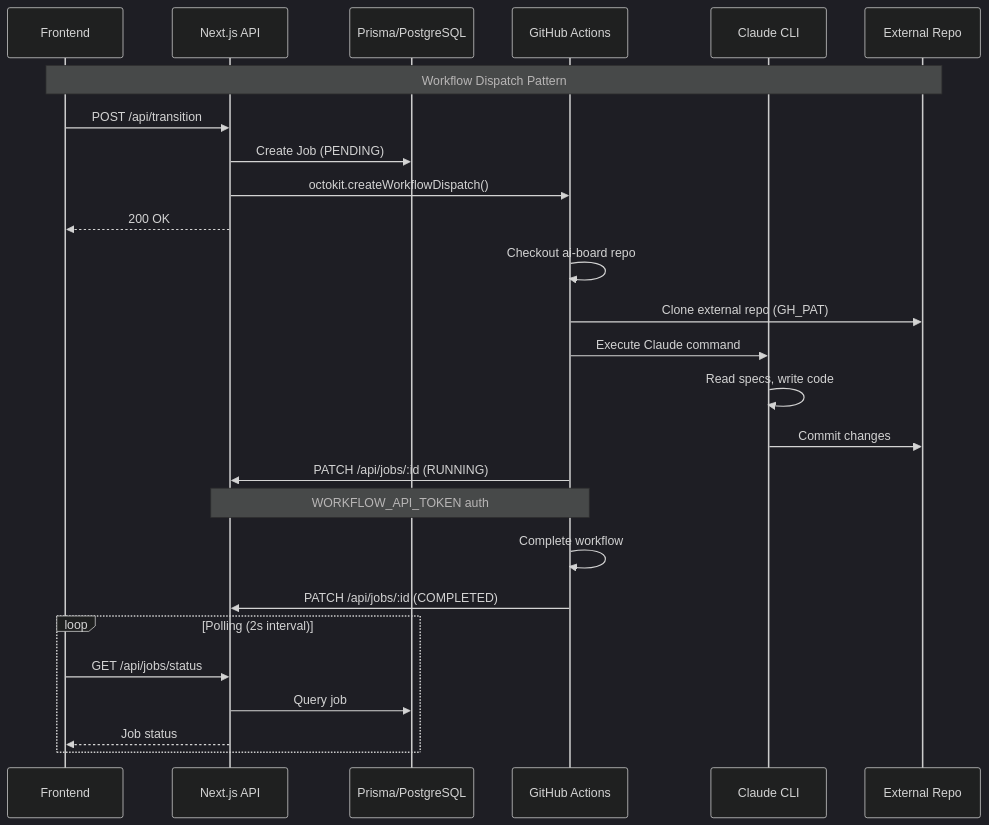
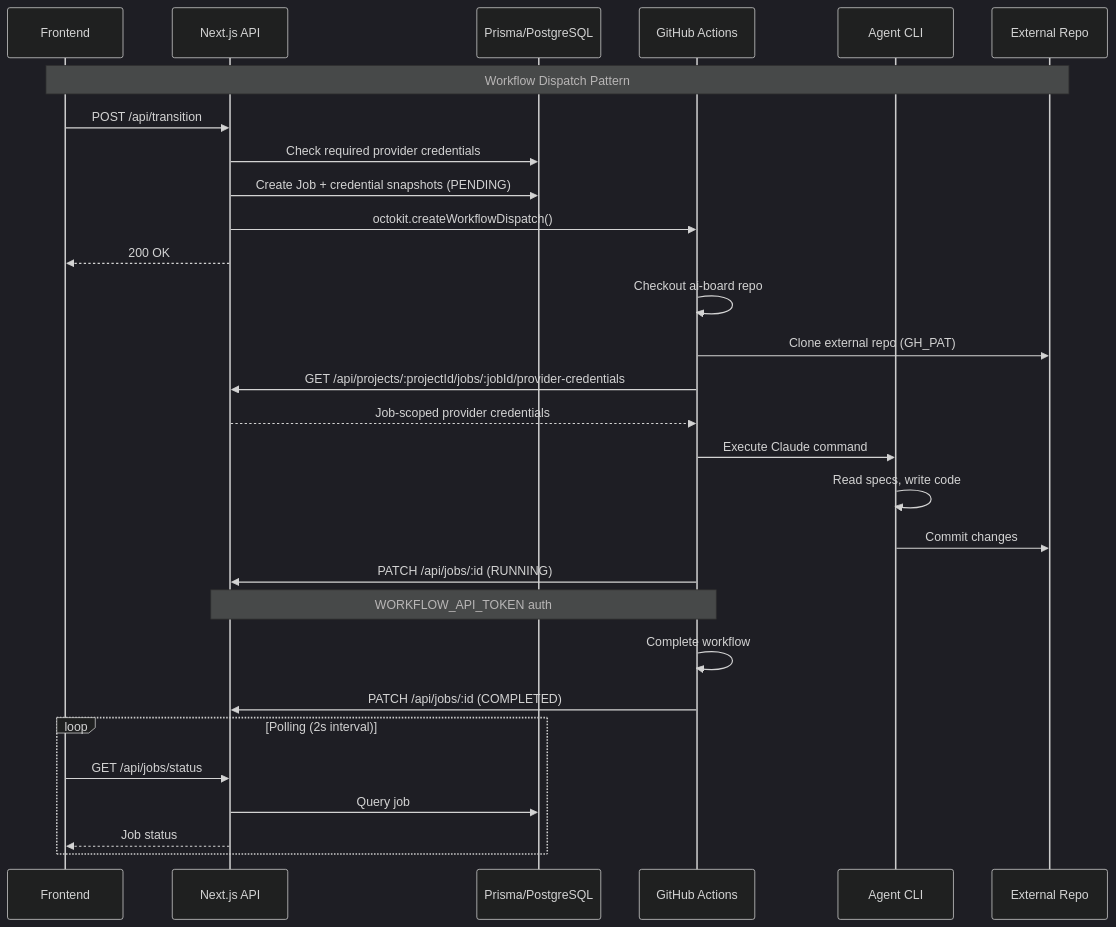
One commit to bfernandez31/ai-board changed the first of 6 diagrams in specs/specifications/technical/implementation/integrations.md. Above: the diagram before and after it, drawn with Mermaid (dark theme). The commit also changed other lines of this file and 5 other files, not shown here.

````diff
--- a/specs/specifications/technical/implementation/integrations.md
+++ b/specs/specifications/technical/implementation/integrations.md
@@ -7,35 +7,38 @@
 ```mermaid
 sequenceDiagram
     participant UI as Frontend
     participant API as Next.js API
     participant DB as Prisma/PostgreSQL
     participant GH as GitHub Actions
-    participant CLI as Claude CLI
+    participant CLI as Agent CLI
     participant Ext as External Repo
 
     Note over UI,Ext: Workflow Dispatch Pattern
 
     UI->>API: POST /api/transition
-    API->>DB: Create Job (PENDING)
+    API->>DB: Check required provider credentials
+    API->>DB: Create Job + credential snapshots (PENDING)
     API->>GH: octokit.createWorkflowDispatch()
     API-->>UI: 200 OK
 
     GH->>GH: Checkout ai-board repo
     GH->>Ext: Clone external repo (GH_PAT)
+    GH->>API: GET /api/projects/:projectId/jobs/:jobId/provider-credentials
+    API-->>GH: Job-scoped provider credentials
     GH->>CLI: Execute Claude command
 
     CLI->>CLI: Read specs, write code
     CLI->>Ext: Commit changes
 
     GH->>API: PATCH /api/jobs/:id (RUNNING)
     Note over GH,API: WORKFLOW_API_TOKEN auth
 
     GH->>GH: Complete workflow
     GH->>API: PATCH /api/jobs/:id (COMPLETED)
 
     loop Polling (2s interval)
         UI->>API: GET /api/jobs/status
         API->>DB: Query job
         API-->>UI: Job status
     end
 ```
````
